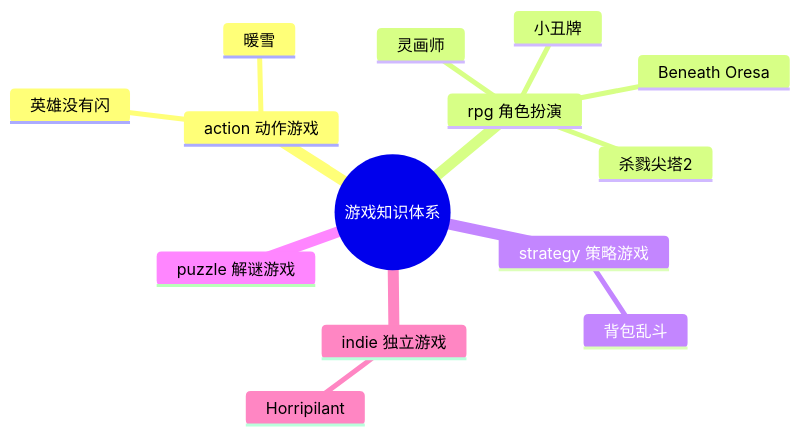
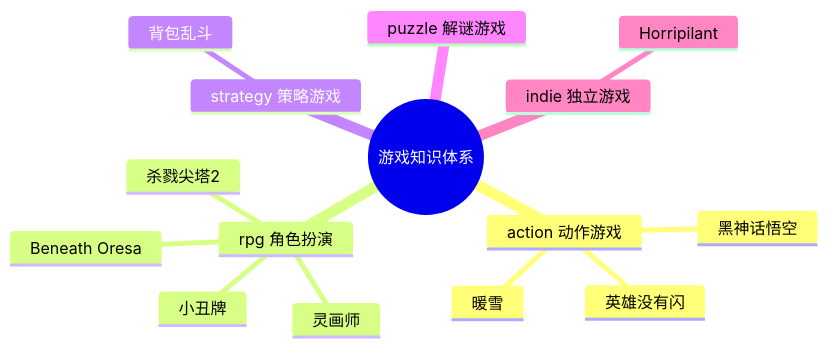
One commit to hongyesuifeng/readbooks changed the diagram in games/游戏知识图谱.md. Above: the diagram before and after it, drawn with Mermaid. The commit also changed other lines of this file and 1 other file, not shown here.

````diff
--- a/games/游戏知识图谱.md
+++ b/games/游戏知识图谱.md
@@ -9,17 +9,18 @@
 ```mermaid
 mindmap
   root((游戏知识体系))
     action 动作游戏
       英雄没有闪
       暖雪
+      黑神话悟空
     rpg 角色扮演
       杀戮尖塔2
       灵画师
       Beneath Oresa
       小丑牌
     strategy 策略游戏
       背包乱斗
     puzzle 解谜游戏
     indie 独立游戏
       Horripilant
 ```
````
